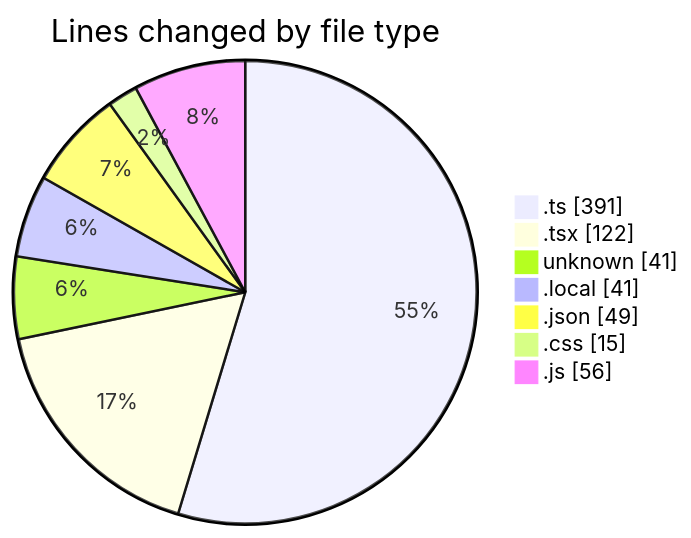
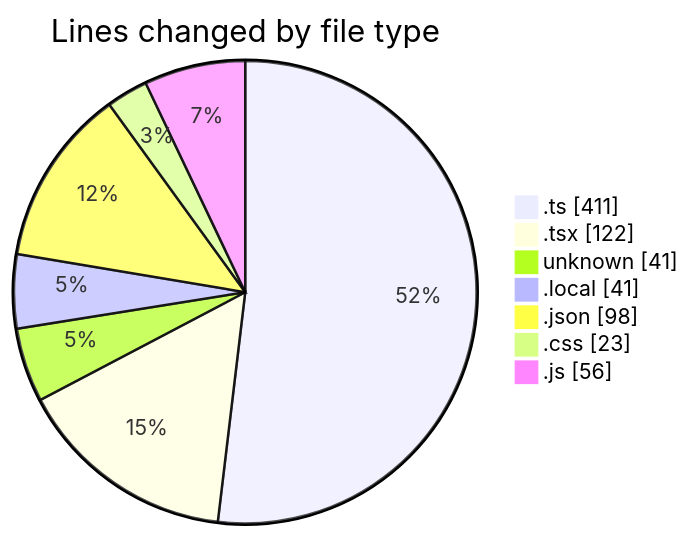
The first of 2 diagrams in 2026-02-26/car_database/README.md (momahboobian/code-tracking), drawn with Mermaid before and after one commit. The commit also changed other lines of this file and 1 other file, not shown here.

````diff
--- a/2026-02-26/car_database/README.md
+++ b/2026-02-26/car_database/README.md
@@ -38,11 +40,11 @@
 ```mermaid
 pie showData
 title Lines changed by file type
-".ts" : 391
+".ts" : 411
 ".tsx" : 122
 "unknown" : 41
 ".local" : 41
-".json" : 49
-".css" : 15
+".json" : 98
+".css" : 23
 ".js" : 56
 ```
````
